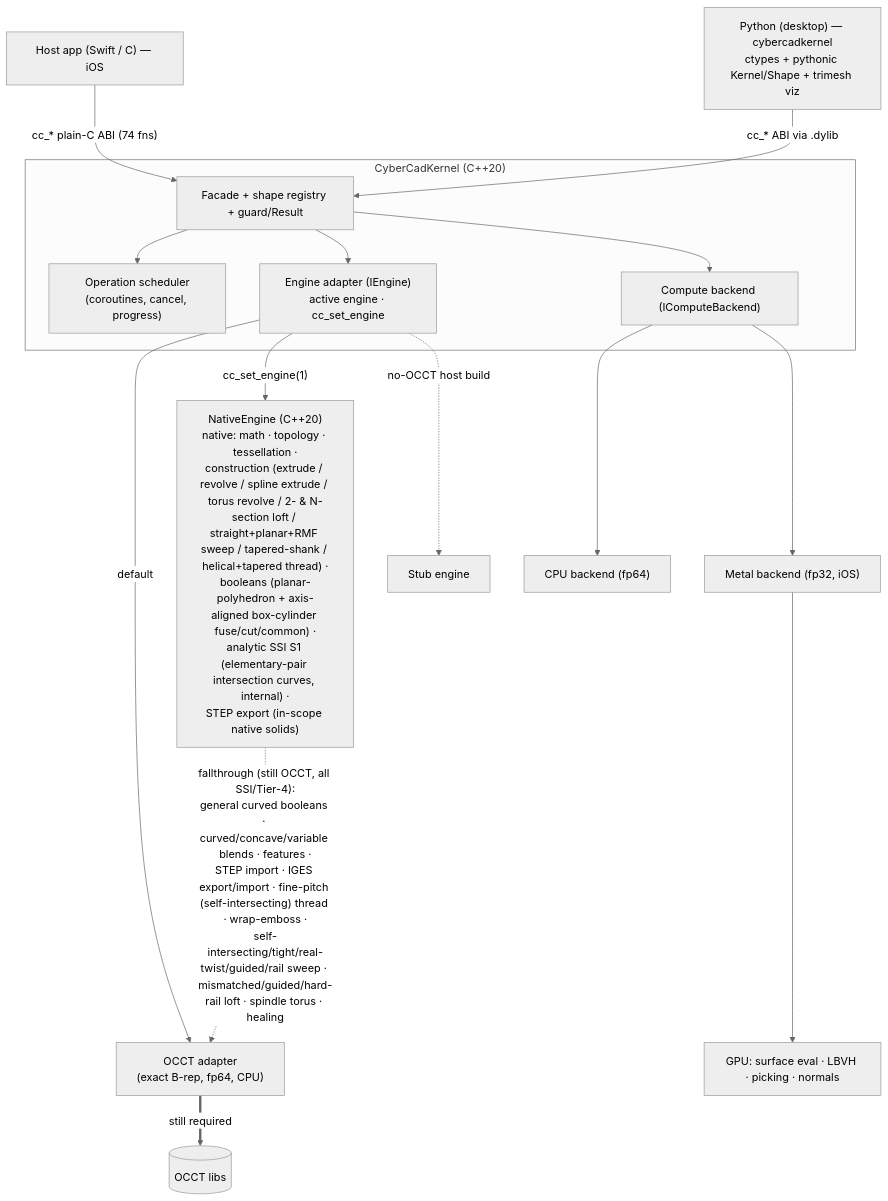
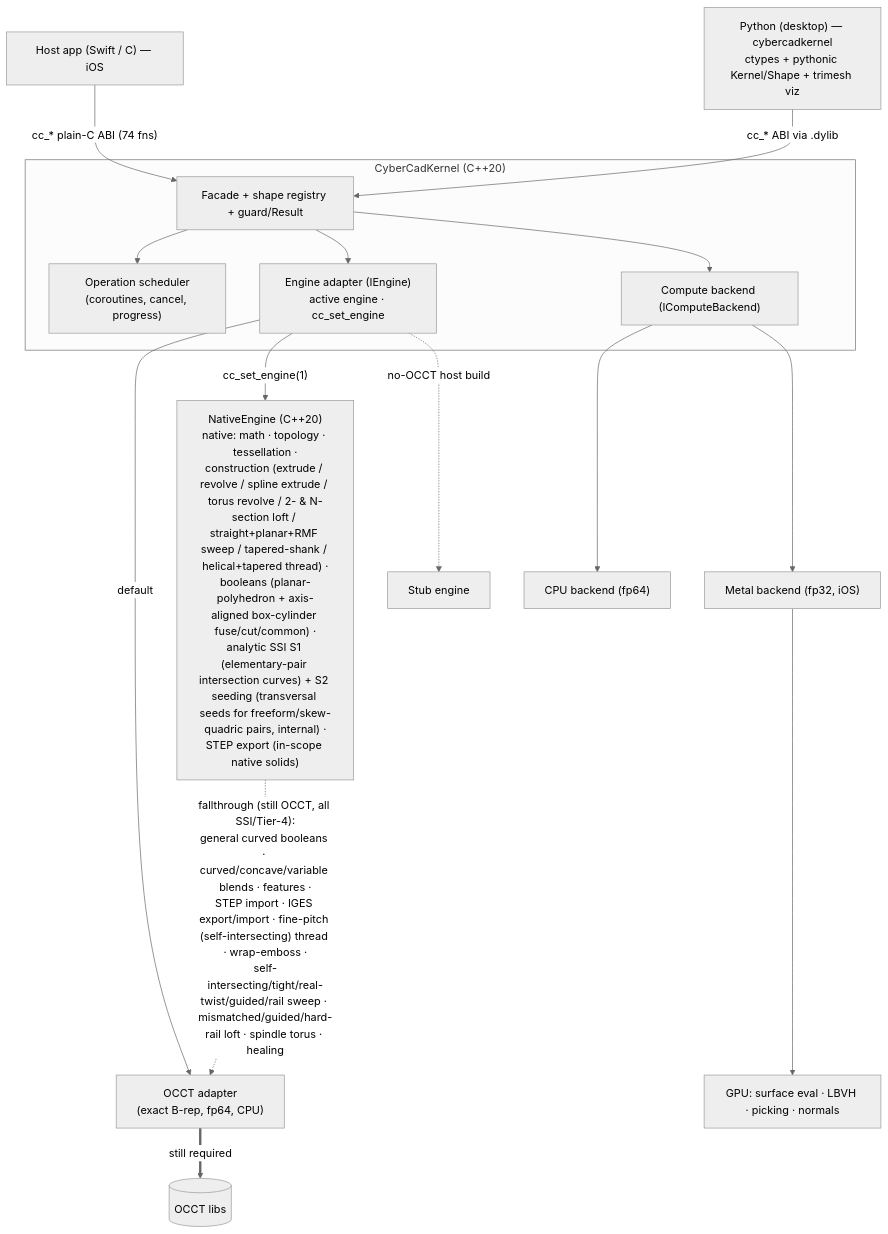
The diagram in README.md (CyberdyneCorp/CyberCadKernel), drawn with Mermaid (neutral theme) before and after one commit. The commit also changed other lines of this file and 23 other files, not shown here.

````diff
--- a/README.md
+++ b/README.md
@@ -33,27 +33,27 @@
 ```mermaid
 flowchart TD
     App["Host app (Swift / C) — iOS"] -->|"cc_* plain-C ABI (74 fns)"| Facade
     Py["Python (desktop) — cybercadkernel<br/>ctypes + pythonic Kernel/Shape + trimesh viz"] -->|"cc_* ABI via .dylib"| Facade
 
     subgraph Kernel["CyberCadKernel (C++20)"]
         Facade["Facade + shape registry + guard/Result"]
         Sched["Operation scheduler<br/>(coroutines, cancel, progress)"]
         Engine["Engine adapter (IEngine)<br/>active engine · cc_set_engine"]
         Compute["Compute backend (IComputeBackend)"]
 
         Facade --> Sched
         Facade --> Engine
         Facade --> Compute
     end
 
     Engine -->|"default"| OCCT["OCCT adapter<br/>(exact B-rep, fp64, CPU)"]
-    Engine -->|"cc_set_engine(1)"| Native["NativeEngine (C++20)<br/>native: math · topology · tessellation ·<br/>construction (extrude / revolve / spline extrude / torus revolve / 2- &amp; N-section loft / straight+planar+RMF sweep / tapered-shank / helical+tapered thread) ·<br/>booleans (planar-polyhedron + axis-aligned box-cylinder fuse/cut/common) ·<br/>analytic SSI S1 (elementary-pair intersection curves, internal) ·<br/>STEP export (in-scope native solids)"]
+    Engine -->|"cc_set_engine(1)"| Native["NativeEngine (C++20)<br/>native: math · topology · tessellation ·<br/>construction (extrude / revolve / spline extrude / torus revolve / 2- &amp; N-section loft / straight+planar+RMF sweep / tapered-shank / helical+tapered thread) ·<br/>booleans (planar-polyhedron + axis-aligned box-cylinder fuse/cut/common) ·<br/>analytic SSI S1 (elementary-pair intersection curves) + S2 seeding (transversal seeds for freeform/skew-quadric pairs, internal) ·<br/>STEP export (in-scope native solids)"]
     Engine -.->|"no-OCCT host build"| Stub["Stub engine"]
 
     Native -.->|"fallthrough (still OCCT, all SSI/Tier-4):<br/>general curved booleans · curved/concave/variable blends · features ·<br/>STEP import · IGES export/import · fine-pitch (self-intersecting) thread · wrap-emboss ·<br/>self-intersecting/tight/real-twist/guided/rail sweep · mismatched/guided/hard-rail loft · spindle torus · healing"| OCCT
     OCCT ==>|"still required"| OCCTlib[("OCCT libs")]
 
     Compute --> CPUb["CPU backend (fp64)"]
     Compute --> Metal["Metal backend (fp32, iOS)"]
     Metal --> GPU["GPU: surface eval · LBVH · picking · normals"]
 ```
````
